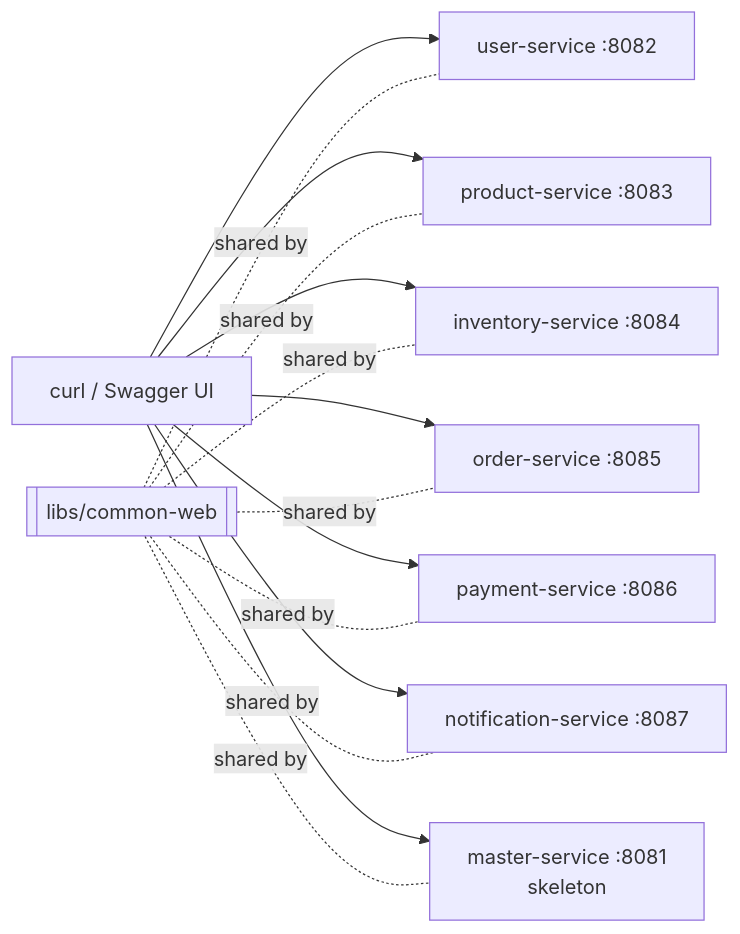
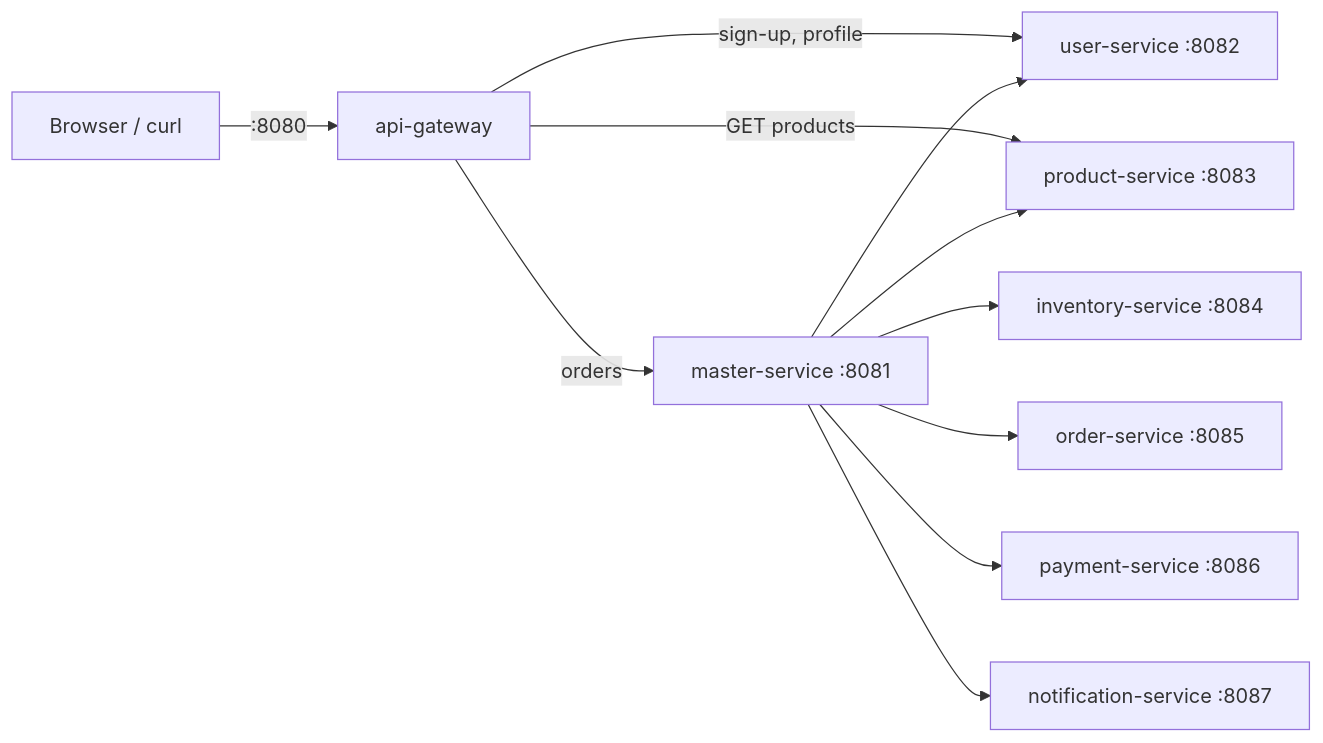
One commit to ashutosh12111/java-react changed the second of 2 diagrams in docs/architecture/overview.md. Above: the diagram before and after it, drawn with Mermaid. The commit also changed other lines of this file and 68 other files, not shown here.

````diff
--- a/docs/architecture/overview.md
+++ b/docs/architecture/overview.md
@@ -38,11 +38,12 @@
 ```mermaid
 flowchart LR
-    client[curl / Swagger UI] --> user[user-service :8082]
-    client --> product[product-service :8083]
-    client --> inventory[inventory-service :8084]
-    client --> order[order-service :8085]
-    client --> payment[payment-service :8086]
-    client --> notification[notification-service :8087]
-    client --> master[master-service :8081<br/>skeleton]
-    common[[libs/common-web]] -.shared by.- user & product & inventory & order & payment & notification & master
+    client[Browser / curl] -->|:8080| gw[api-gateway]
+    gw -->|orders| master[master-service :8081]
+    gw -->|GET products| product[product-service :8083]
+    gw -->|sign-up, profile| user[user-service :8082]
+    master --> user & product
+    master --> inventory[inventory-service :8084]
+    master --> order[order-service :8085]
+    master --> payment[payment-service :8086]
+    master --> notification[notification-service :8087]
 ```
````
